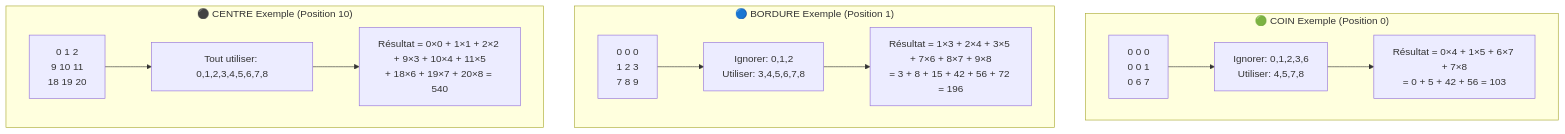
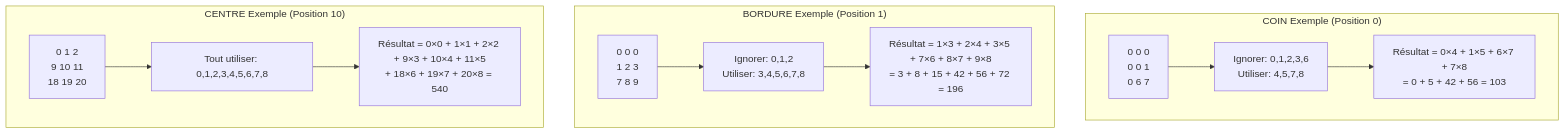
One commit to jalcim/logilib changed the seventh of 14 diagrams in src/tensor/README_FR.md. Above: the diagram before and after it, drawn with Mermaid. The commit also changed other lines of this file and 1 other file, not shown here.

Commit message:
mermaid again

````diff
--- a/src/tensor/README_FR.md
+++ b/src/tensor/README_FR.md
@@ -119,15 +119,15 @@
 ```mermaid
 graph TD
-    subgraph "🟢 COIN Exemple (Position 0)"
+    subgraph "COIN Exemple (Position 0)"
         A1[0 0 0<br/>0 0 1<br/>0 6 7] --> B1[Ignorer: 0,1,2,3,6<br/>Utiliser: 4,5,7,8] --> C1[Résultat = 0×4 + 1×5 + 6×7 + 7×8<br/>= 0 + 5 + 42 + 56 = 103]
     end
 
-    subgraph "🔵 BORDURE Exemple (Position 1)"
+    subgraph "BORDURE Exemple (Position 1)"
         A2[0 0 0<br/>1 2 3<br/>7 8 9] --> B2[Ignorer: 0,1,2<br/>Utiliser: 3,4,5,6,7,8] --> C2[Résultat = 1×3 + 2×4 + 3×5 + 7×6 + 8×7 + 9×8<br/>= 3 + 8 + 15 + 42 + 56 + 72 = 196]
     end
 
-    subgraph "⚫ CENTRE Exemple (Position 10)"
+    subgraph "CENTRE Exemple (Position 10)"
         A3[0 1 2<br/>9 10 11<br/>18 19 20] --> B3[Tout utiliser: 0,1,2,3,4,5,6,7,8] --> C3[Résultat = 0×0 + 1×1 + 2×2 + 9×3 + 10×4 + 11×5<br/>+ 18×6 + 19×7 + 20×8 = 540]
     end
 
 ```
````
